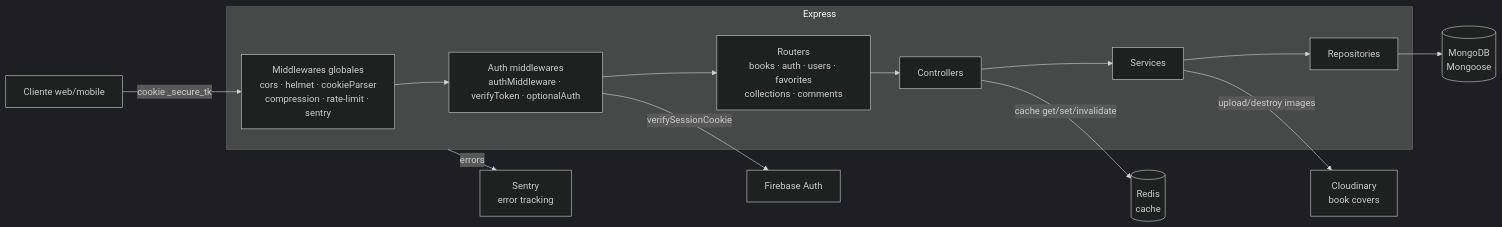
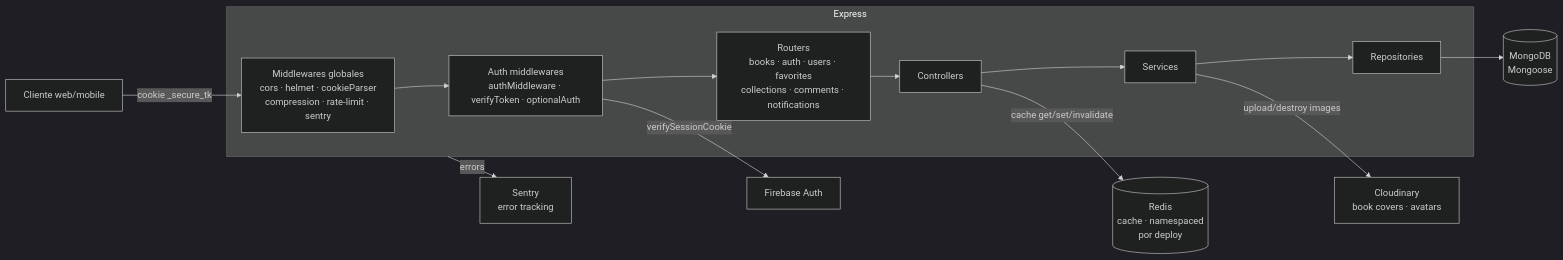
One commit to Franqsanz/xbu-api changed the first of 2 diagrams in README.md. Above: the diagram before and after it, drawn with Mermaid (dark theme). The commit also changed other lines of this file, not shown here.

Commit message:
docs: update README with ratings, notifications and recent endpoints

````diff
--- a/README.md
+++ b/README.md
@@ -23,31 +27,31 @@
 ```mermaid
 flowchart LR
     Client[Cliente web/mobile]
 
     subgraph Express[Express]
         MW[Middlewares globales<br/>cors · helmet · cookieParser<br/>compression · rate-limit · sentry]
         Auth[Auth middlewares<br/>authMiddleware · verifyToken · optionalAuth]
-        Routes[Routers<br/>books · auth · users · favorites<br/>collections · comments]
+        Routes[Routers<br/>books · auth · users · favorites<br/>collections · comments · notifications]
         Controllers[Controllers]
         Services[Services]
         Repos[Repositories]
     end
 
     Mongo[(MongoDB<br/>Mongoose)]
-    Redis[(Redis<br/>cache)]
+    Redis[(Redis<br/>cache · namespaced<br/>por deploy)]
     Firebase[Firebase Auth]
-    Cloudinary[Cloudinary<br/>book covers]
+    Cloudinary[Cloudinary<br/>book covers · avatars]
     Sentry[Sentry<br/>error tracking]
 
     Client -->|cookie _secure_tk| MW
     MW --> Auth
     Auth --> Routes
     Routes --> Controllers
     Controllers --> Services
     Services --> Repos
     Repos --> Mongo
     Controllers -->|cache get/set/invalidate| Redis
     Auth -->|verifySessionCookie| Firebase
     Services -->|upload/destroy images| Cloudinary
     Express -->|errors| Sentry
 ```
````
